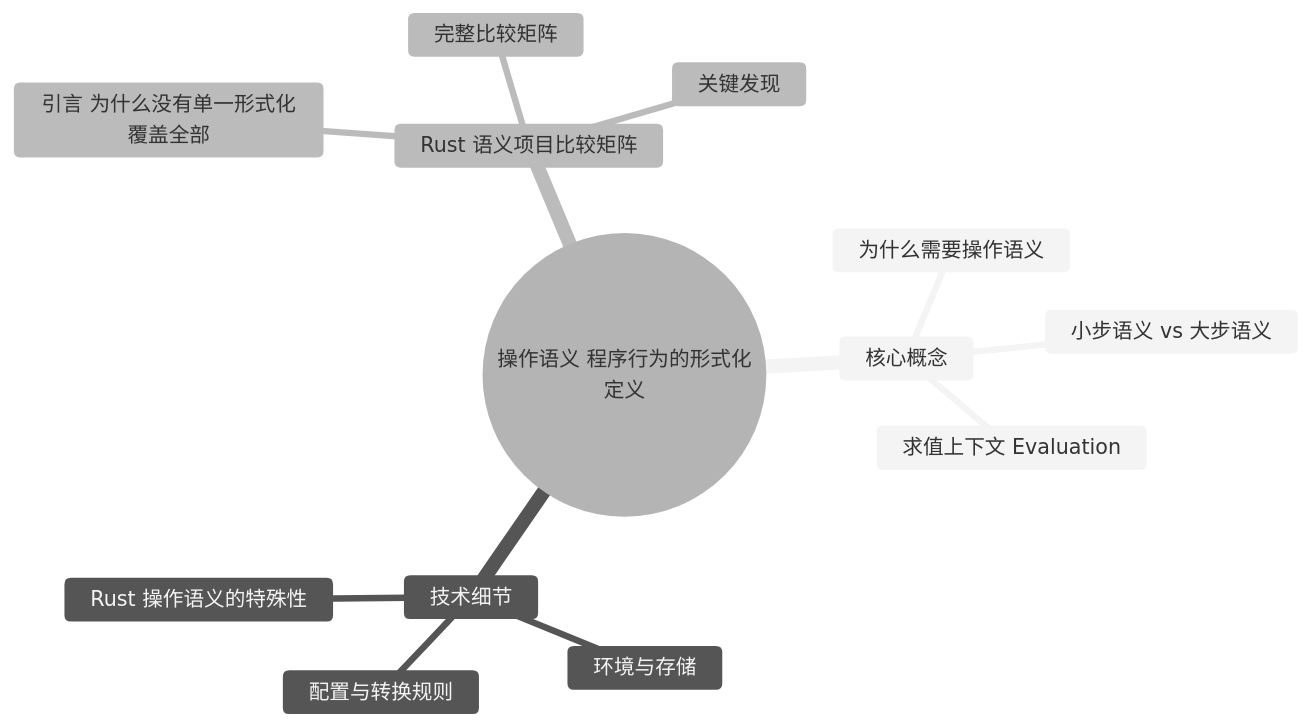
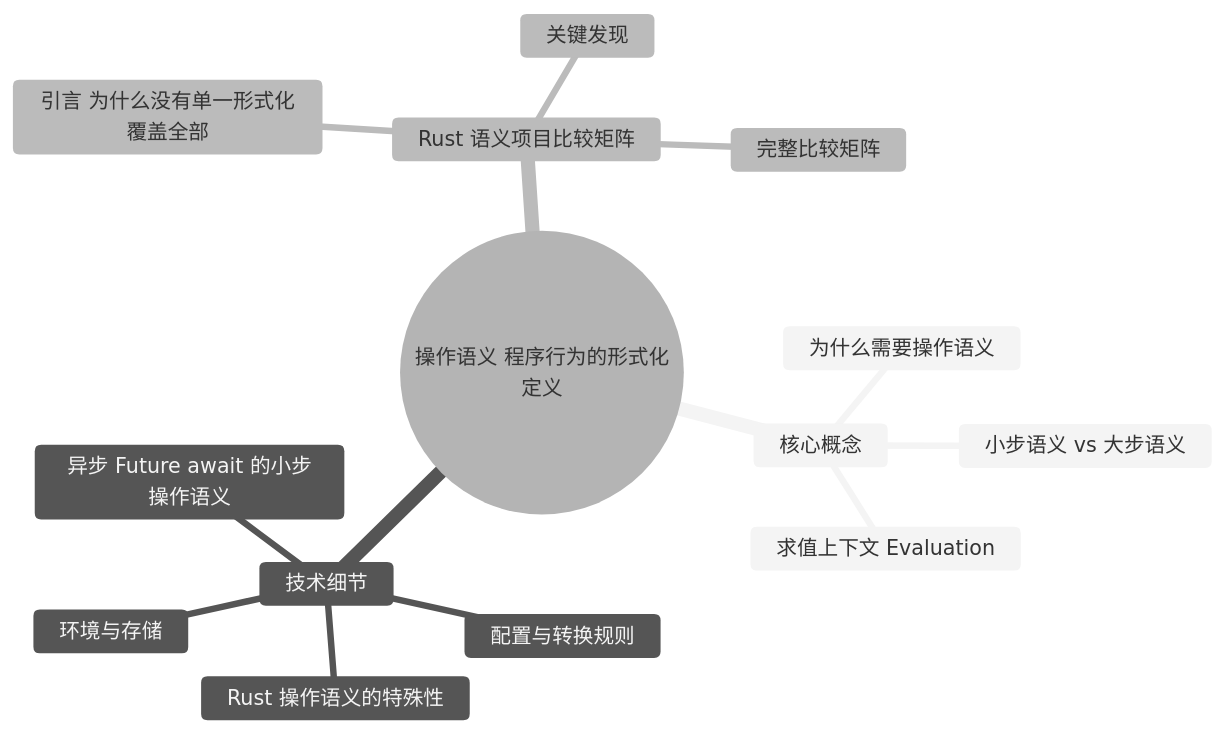
Before and after one commit to martin-ly/rust-lang: the second of 2 diagrams in concept/04_formal/03_operational_semantics/03_operational_semantics.md, drawn with Mermaid (neutral theme). The commit also changed other lines of this file and 19 other files, not shown here.

````diff
--- a/concept/04_formal/03_operational_semantics/03_operational_semantics.md
+++ b/concept/04_formal/03_operational_semantics/03_operational_semantics.md
@@ -1106,16 +1170,17 @@
 ```mermaid
 mindmap
   root((操作语义 程序行为的形式化定义))
     核心概念
       为什么需要操作语义
       小步语义 vs 大步语义
       求值上下文 Evaluation
     技术细节
       配置与转换规则
       环境与存储
       Rust 操作语义的特殊性
+      异步 Future await 的小步操作语义
     Rust 语义项目比较矩阵
       引言 为什么没有单一形式化覆盖全部
       完整比较矩阵
       关键发现
 ```
````
